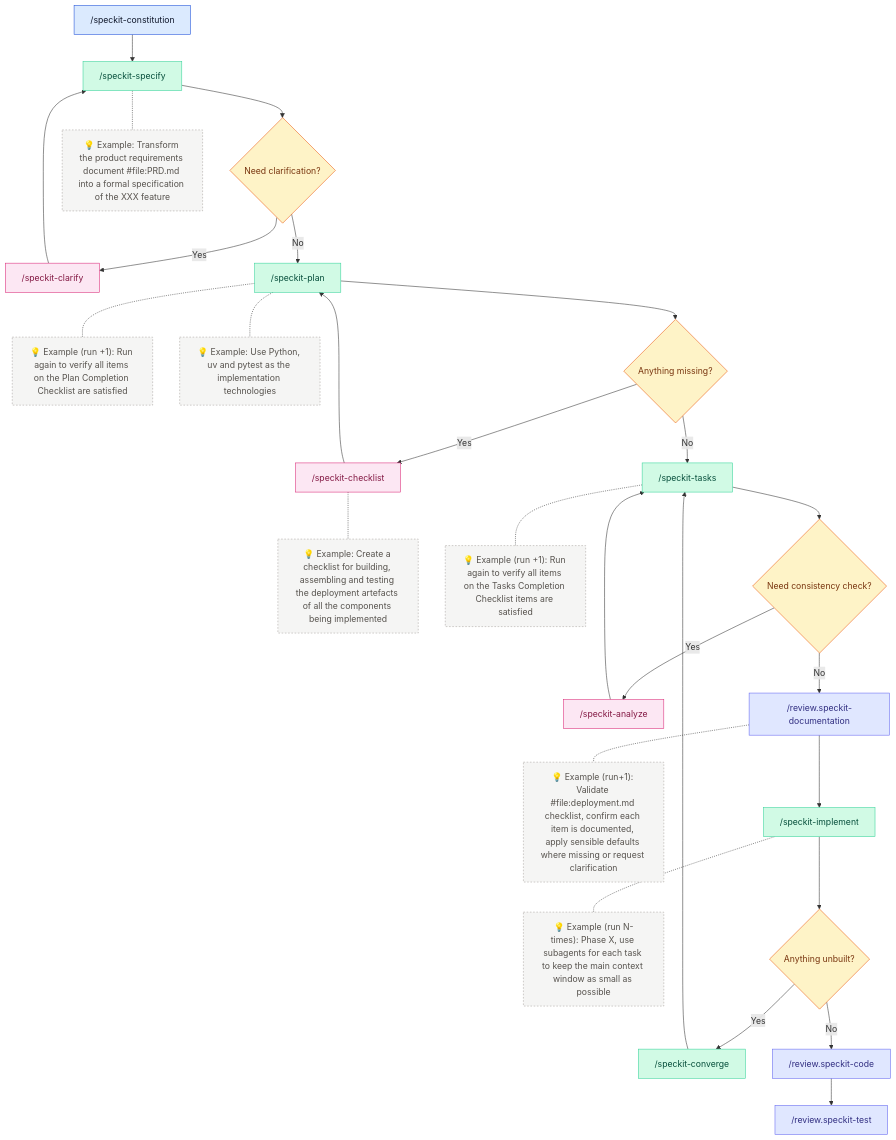
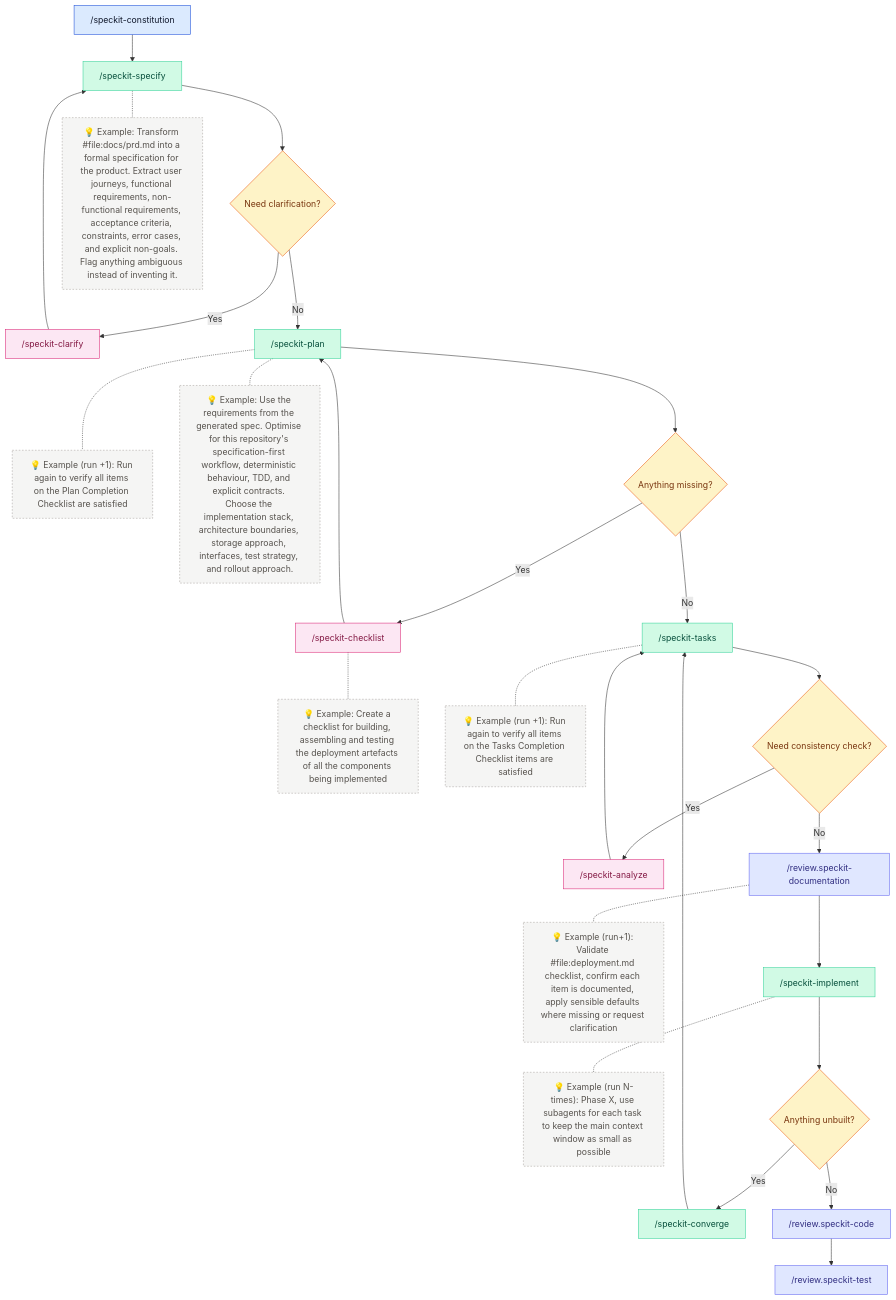
Before and after one commit to stefaniuk/loadout: the second of 2 diagrams in docs/architecture.md, drawn with Mermaid. The commit also changed 5 other files, not shown here.

````diff
--- a/docs/architecture.md
+++ b/docs/architecture.md
@@ -112,46 +112,46 @@
 ```mermaid
 flowchart TD
   constitution["/speckit-constitution"] --> specify["/speckit-specify"]
 
   specify --> needClarification{Need clarification?}
-  specify -.- specifyNote["💡 Example: Transform the product requirements document #file:PRD.md into a formal specification of the XXX feature"]
+  specify -.- specifyNote["💡 Example: Transform #file:docs/prd.md into a formal specification for the product. Extract user journeys, functional requirements, non-functional requirements, acceptance criteria, constraints, error cases, and explicit non-goals. Flag anything ambiguous instead of inventing it."]
   needClarification -- Yes --> clarify["/speckit-clarify"]
   clarify --> specify
   needClarification -- No --> plan["/speckit-plan"]
   plan -.- planNote["💡 Example (run +1): Run again to verify all items on the Plan Completion Checklist are satisfied"]
-  plan -.- planNote2["💡 Example: Use Python, uv and pytest as the implementation technologies"]
+  plan -.- planNote2["💡 Example: Use the requirements from the generated spec. Optimise for this repository's specification-first workflow, deterministic behaviour, TDD, and explicit contracts. Choose the implementation stack, architecture boundaries, storage approach, interfaces, test strategy, and rollout approach."]
 
   plan --> domainCoverage{Anything missing?}
   domainCoverage -- Yes --> checklist["/speckit-checklist"]
   checklist --> plan
   checklist -.- checklistNote["💡 Example: Create a checklist for building, assembling and testing the deployment artefacts of all the components being implemented"]
   domainCoverage -- No --> tasks["/speckit-tasks"]
   tasks -.- tasksNote["💡 Example (run +1): Run again to verify all items on the Tasks Completion Checklist items are satisfied"]
 
   tasks --> consistency{Need consistency check?}
   consistency -- Yes --> analyze["/speckit-analyze"]
   analyze --> tasks
   consistency -- No --> reviewDocs["/review.speckit-documentation"]
   reviewDocs -.- reviewDocsNote["💡 Example (run+1): Validate #file:deployment.md checklist, confirm each item is documented, apply sensible defaults where missing or request clarification"]
   reviewDocs --> implement["/speckit-implement"]
   implement -.- implementNote["💡 Example (run N-times): Phase X, use subagents for each task to keep the main context window as small as possible"]
   implement --> anythingUnbuilt{Anything unbuilt?}
   anythingUnbuilt -- Yes --> converge["/speckit-converge"]
   converge --> tasks
   anythingUnbuilt -- No --> reviewCode["/review.speckit-code"]
   reviewCode --> reviewTest["/review.speckit-test"]
 
   classDef source fill:#dbeafe,stroke:#1d4ed8,color:#0f172a,stroke-width:1px;
   classDef action fill:#d1fae5,stroke:#34d399,color:#064e3b,stroke-width:1px;
   classDef question fill:#fef3c7,stroke:#ea580c,color:#78350f,stroke-width:1px;
   classDef review fill:#fce7f3,stroke:#db2777,color:#831843,stroke-width:1px;
   classDef docReview fill:#e0e7ff,stroke:#6366f1,color:#312e81,stroke-width:1px;
   classDef note fill:#f5f5f4,stroke:#a8a29e,color:#57534e,stroke-width:1px,stroke-dasharray:3;
 
   class constitution source;
   class specify,plan,tasks,implement,converge action;
   class needClarification,domainCoverage,consistency,anythingUnbuilt question;
   class clarify,checklist,analyze review;
   class reviewDocs,reviewCode,reviewTest docReview;
   class specifyNote,checklistNote,planNote,planNote2,tasksNote,implementNote,reviewDocsNote note;
 ```
````
